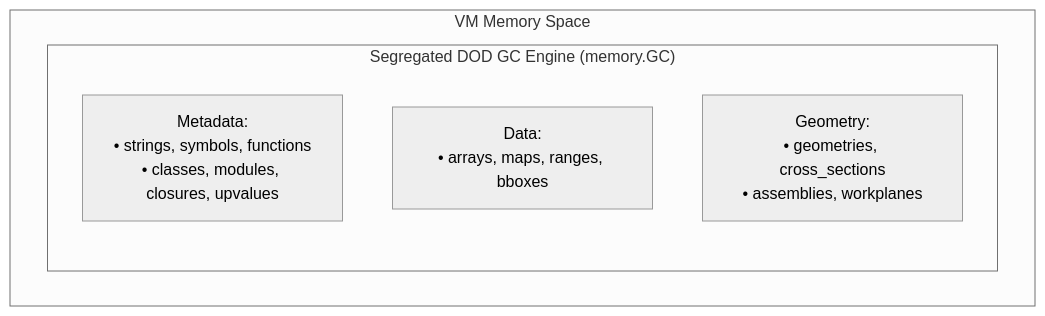
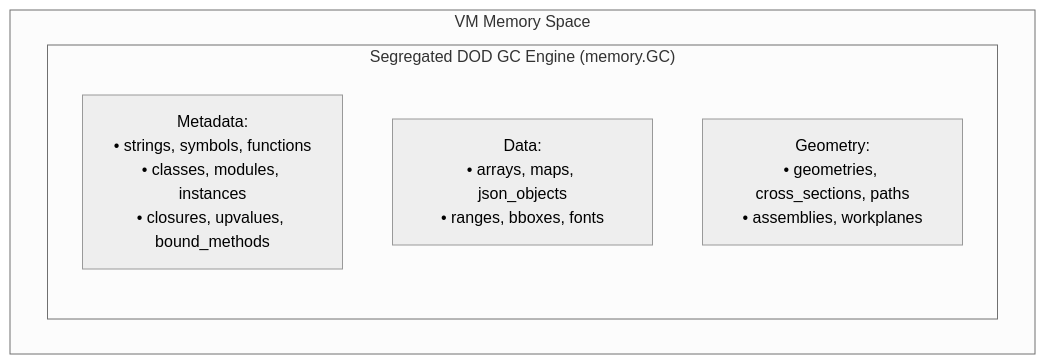
One commit to kupcad/kupcad changed the fourth of 6 diagrams in core/docs/architecture.md. Above: the diagram before and after it, drawn with Mermaid (neutral theme). The commit also changed other lines of this file and 5 other files, not shown here.

First line of the commit message:
docs: module headers and the architecture notes say what the code does

````diff
--- a/core/docs/architecture.md
+++ b/core/docs/architecture.md
@@ -113,11 +113,11 @@
 ```mermaid
 flowchart TD
     subgraph VMSpace ["VM Memory Space"]
         subgraph GC ["Segregated DOD GC Engine (memory.GC)"]
-            Meta["Metadata:<br/>• strings, symbols, functions<br/>• classes, modules, closures, upvalues"]
-            Data["Data:<br/>• arrays, maps, ranges, bboxes"]
-            Geom["Geometry:<br/>• geometries, cross_sections<br/>• assemblies, workplanes"]
+            Meta["Metadata:<br/>• strings, symbols, functions<br/>• classes, modules, instances<br/>• closures, upvalues, bound_methods"]
+            Data["Data:<br/>• arrays, maps, json_objects<br/>• ranges, bboxes, fonts"]
+            Geom["Geometry:<br/>• geometries, cross_sections, paths<br/>• assemblies, workplanes"]
         end
     end
 
 ```
````
